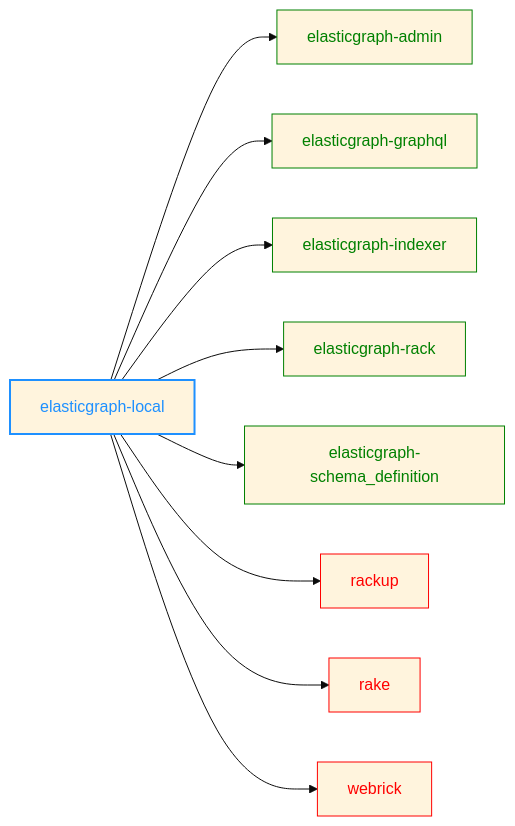
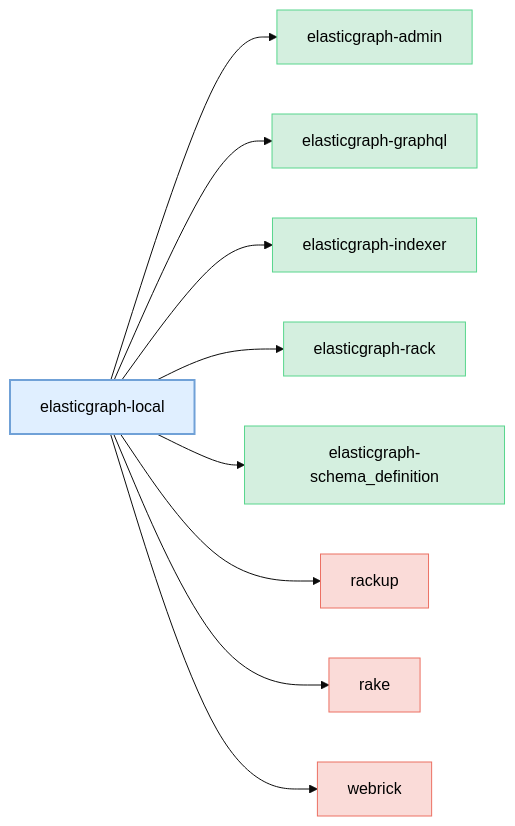
One commit to block/elasticgraph changed the diagram in elasticgraph-local/README.md. Above: the diagram before and after it, drawn with Mermaid (base theme). The commit also changed 23 other files, not shown here.

````diff
--- a/elasticgraph-local/README.md
+++ b/elasticgraph-local/README.md
@@ -9,32 +9,35 @@
 ```mermaid
 graph LR;
+    classDef currentGemStyle fill:#E0EFFF,stroke:#70A1D7,color:#000,stroke-width:2px;
+    classDef internalEgGemStyle fill:#D4EFDF,stroke:#58D68D,color:#000;
+    classDef externalGemStyle fill:#FADBD8,stroke:#EC7063,color:#000;
     elasticgraph-local["elasticgraph-local"];
+    class elasticgraph-local currentGemStyle;
     elasticgraph-admin["elasticgraph-admin"];
     elasticgraph-local --> elasticgraph-admin;
+    class elasticgraph-admin internalEgGemStyle;
     elasticgraph-graphql["elasticgraph-graphql"];
     elasticgraph-local --> elasticgraph-graphql;
+    class elasticgraph-graphql internalEgGemStyle;
     elasticgraph-indexer["elasticgraph-indexer"];
     elasticgraph-local --> elasticgraph-indexer;
+    class elasticgraph-indexer internalEgGemStyle;
     elasticgraph-rack["elasticgraph-rack"];
     elasticgraph-local --> elasticgraph-rack;
+    class elasticgraph-rack internalEgGemStyle;
     elasticgraph-schema_definition["elasticgraph-schema_definition"];
     elasticgraph-local --> elasticgraph-schema_definition;
+    class elasticgraph-schema_definition internalEgGemStyle;
     rackup["rackup"];
     elasticgraph-local --> rackup;
+    class rackup externalGemStyle;
     rake["rake"];
     elasticgraph-local --> rake;
+    class rake externalGemStyle;
     webrick["webrick"];
     elasticgraph-local --> webrick;
-    style elasticgraph-local color:DodgerBlue,stroke-width:2px,stroke:DodgerBlue;
-    style elasticgraph-admin color:Green,stroke:Green;
-    style elasticgraph-graphql color:Green,stroke:Green;
-    style elasticgraph-indexer color:Green,stroke:Green;
-    style elasticgraph-rack color:Green,stroke:Green;
-    style elasticgraph-schema_definition color:Green,stroke:Green;
-    style rackup color:Red,stroke:Red;
-    style rake color:Red,stroke:Red;
-    style webrick color:Red,stroke:Red;
+    class webrick externalGemStyle;
     click rackup href "https://rubygems.org/gems/rackup" "Open on RubyGems.org" _blank;
     click rake href "https://rubygems.org/gems/rake" "Open on RubyGems.org" _blank;
     click webrick href "https://rubygems.org/gems/webrick" "Open on RubyGems.org" _blank;
 ```
````
